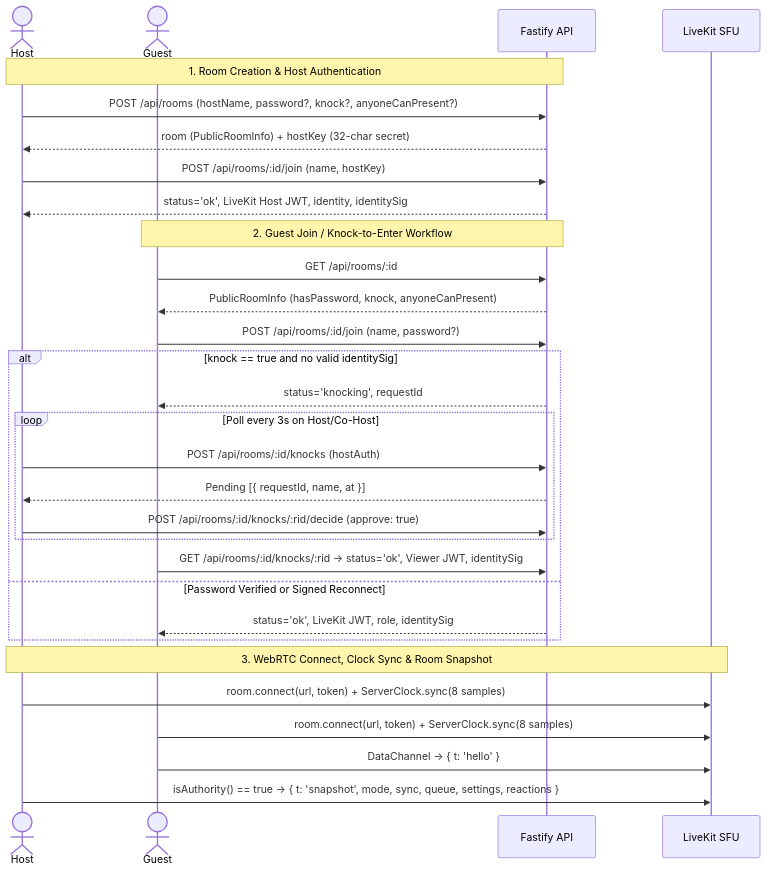
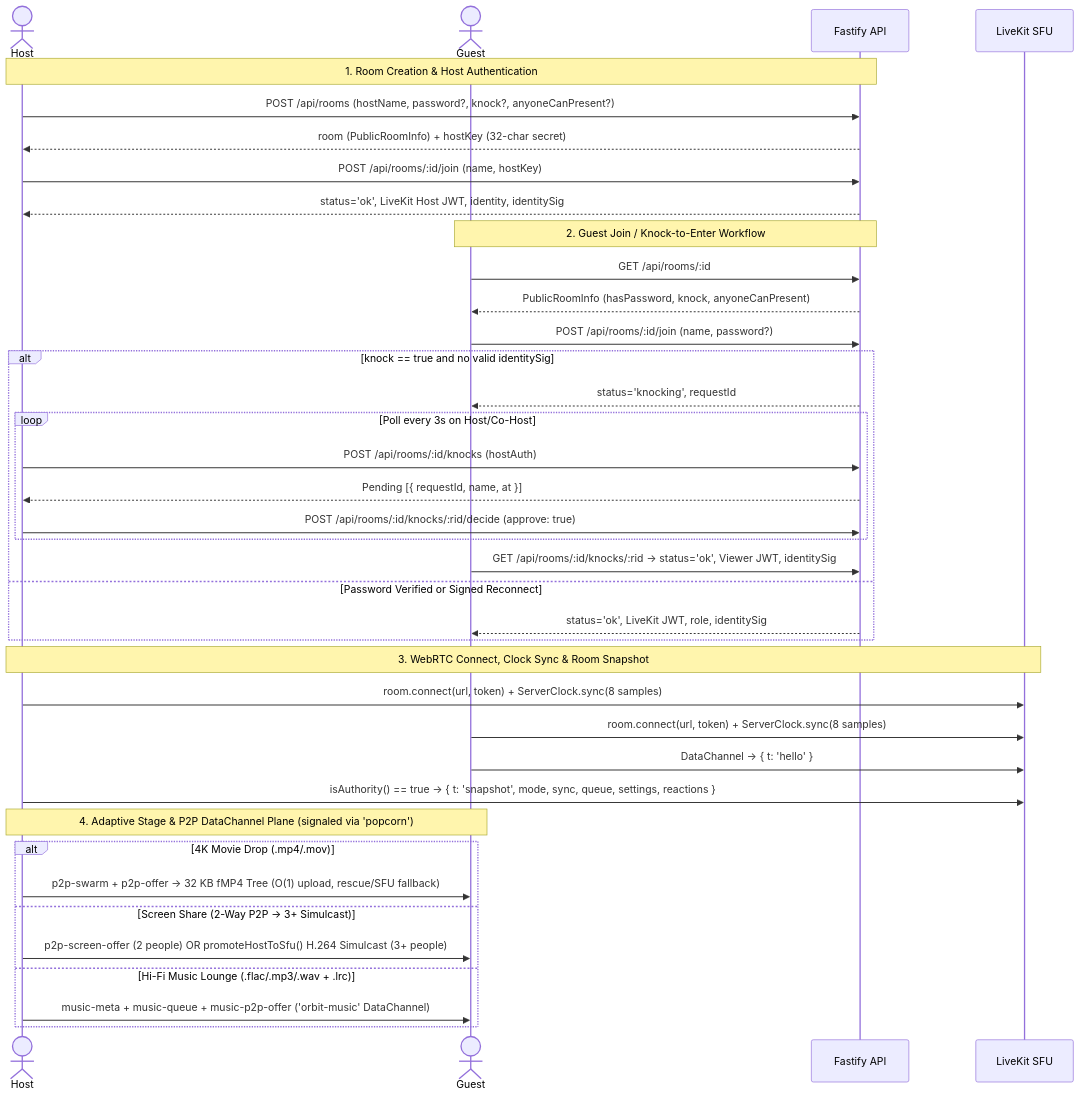
Before and after one commit to BhanuNama/Popcorn-Room: the second of 8 diagrams in README.md, drawn with Mermaid. The commit also changed other lines of this file and 1 other file, not shown here.

Commit message:
Add P2P Swarm, 2-way/Simulcast screen share & Music Lounge to landing page and README

````diff
--- a/README.md
+++ b/README.md
@@ -127,35 +138,44 @@
 ```mermaid
 sequenceDiagram
     actor Host
     actor Guest
     participant API as Fastify API
     participant LK as LiveKit SFU
 
     Note over Host,API: 1. Room Creation & Host Authentication
     Host->>API: POST /api/rooms (hostName, password?, knock?, anyoneCanPresent?)
     API-->>Host: room (PublicRoomInfo) + hostKey (32-char secret)
     Host->>API: POST /api/rooms/:id/join (name, hostKey)
     API-->>Host: status='ok', LiveKit Host JWT, identity, identitySig
 
     Note over Guest,API: 2. Guest Join / Knock-to-Enter Workflow
     Guest->>API: GET /api/rooms/:id
     API-->>Guest: PublicRoomInfo (hasPassword, knock, anyoneCanPresent)
     Guest->>API: POST /api/rooms/:id/join (name, password?)
     alt knock == true and no valid identitySig
         API-->>Guest: status='knocking', requestId
         loop Poll every 3s on Host/Co-Host
             Host->>API: POST /api/rooms/:id/knocks (hostAuth)
             API-->>Host: Pending [{ requestId, name, at }]
             Host->>API: POST /api/rooms/:id/knocks/:rid/decide (approve: true)
         end
         Guest->>API: GET /api/rooms/:id/knocks/:rid -> status='ok', Viewer JWT, identitySig
     else Password Verified or Signed Reconnect
         API-->>Guest: status='ok', LiveKit JWT, role, identitySig
     end
 
     Note over Host,LK: 3. WebRTC Connect, Clock Sync & Room Snapshot
     Host->>LK: room.connect(url, token) + ServerClock.sync(8 samples)
     Guest->>LK: room.connect(url, token) + ServerClock.sync(8 samples)
     Guest->>LK: DataChannel -> { t: 'hello' }
     Host->>LK: isAuthority() == true -> { t: 'snapshot', mode, sync, queue, settings, reactions }
+
+    Note over Host,Guest: 4. Adaptive Stage & P2P DataChannel Plane (signaled via 'popcorn')
+    alt 4K Movie Drop (.mp4/.mov)
+        Host->>Guest: p2p-swarm + p2p-offer -> 32 KB fMP4 Tree (O(1) upload, rescue/SFU fallback)
+    else Screen Share (2-Way P2P -> 3+ Simulcast)
+        Host->>Guest: p2p-screen-offer (2 people) OR promoteHostToSfu() H.264 Simulcast (3+ people)
+    else Hi-Fi Music Lounge (.flac/.mp3/.wav + .lrc)
+        Host->>Guest: music-meta + music-queue + music-p2p-offer ('orbit-music' DataChannel)
+    end
 ```
````
